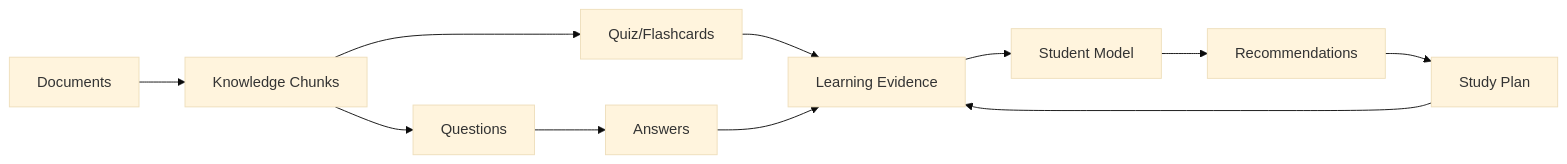
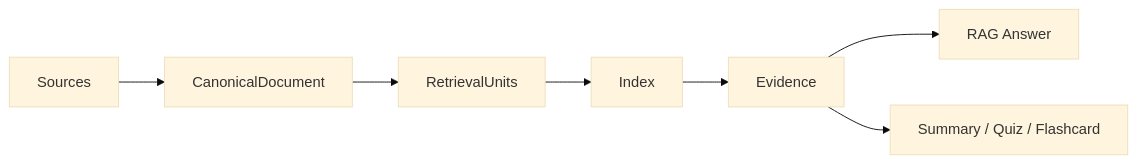
Before and after one commit to Hoang-k68a3hus/support_learning: the third of 4 diagrams in AI_Study_Assistant_2.0_FULL_AI_SYSTEM_DESIGN.md, drawn with Mermaid (base theme). The commit also changed other lines of this file, not shown here.

Commit message:
Simplify AI design without personalization or recommendations

````diff
--- a/AI_Study_Assistant_2.0_FULL_AI_SYSTEM_DESIGN.md
+++ b/AI_Study_Assistant_2.0_FULL_AI_SYSTEM_DESIGN.md
@@ -2435,23 +1565,15 @@
 ```mermaid
 flowchart LR
-    DOC[Documents]
-    K[Knowledge Chunks]
-    Q[Questions]
-    A[Answers]
-    QC[Quiz/Flashcards]
-    EV[Learning Evidence]
-    SM[Student Model]
-    RC[Recommendations]
-    PL[Study Plan]
+    SRC[Sources]
+    CAN[CanonicalDocument]
+    RU[RetrievalUnits]
+    IDX[Index]
+    EV[Evidence]
+    RAG[RAG Answer]
+    GEN[Summary / Quiz / Flashcard]
 
-    DOC --> K
-    K --> Q
-    Q --> A
-    K --> QC
-    QC --> EV
-    A --> EV
-    EV --> SM
-    SM --> RC
-    RC --> PL
-    PL --> EV
+    SRC --> CAN --> RU --> IDX
+    IDX --> EV
+    EV --> RAG
+    EV --> GEN
 ```
````
